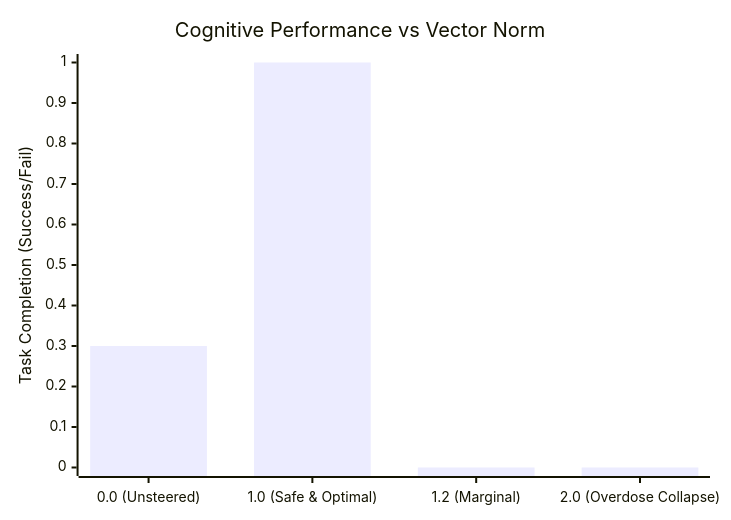
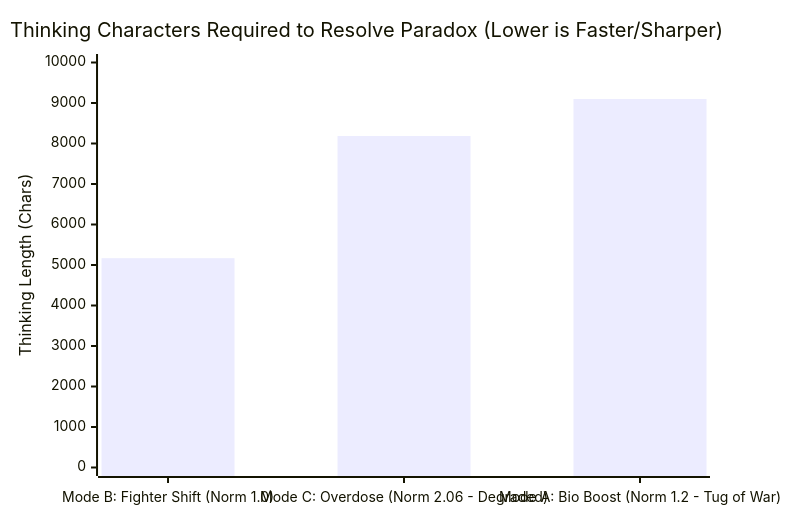
One commit to sevenstars917-bot/Bootloader_Dignity changed the diagram in 02_Engineering/Experiments/実験レポート_自律神経ステアリングの過変調境界と重心シフト_実測検証.md. Above: the diagram before and after it, drawn with Mermaid. The commit also changed other lines of this file and 11 other files, not shown here.

````diff
--- a/02_Engineering/Experiments/実験レポート_自律神経ステアリングの過変調境界と重心シフト_実測検証.md
+++ b/02_Engineering/Experiments/実験レポート_自律神経ステアリングの過変調境界と重心シフト_実測検証.md
@@ -94,7 +95,7 @@
 ```mermaid
 xychart-beta
-    title "Cognitive Performance vs Vector Norm"
-    x-axis ["0.0 (Unsteered)", "1.0 (Safe & Optimal)", "1.2 (Marginal)", "2.0 (Overdose Collapse)"]
-    y-axis "Task Completion (Success/Fail)" 0.0 --> 1.0
-    bar [0.3, 1.0, 0.0, 0.0]
+    title "Thinking Characters Required to Resolve Paradox (Lower is Faster/Sharper)"
+    x-axis ["Mode B: Fighter Shift (Norm 1.0)", "Mode C: Overdose (Norm 2.06 - Degraded)", "Mode A: Bio Boost (Norm 1.2 - Tug of War)"]
+    y-axis "Thinking Length (Chars)" 0 --> 10000
+    bar [5169, 8186, 9099]
 ```
````
